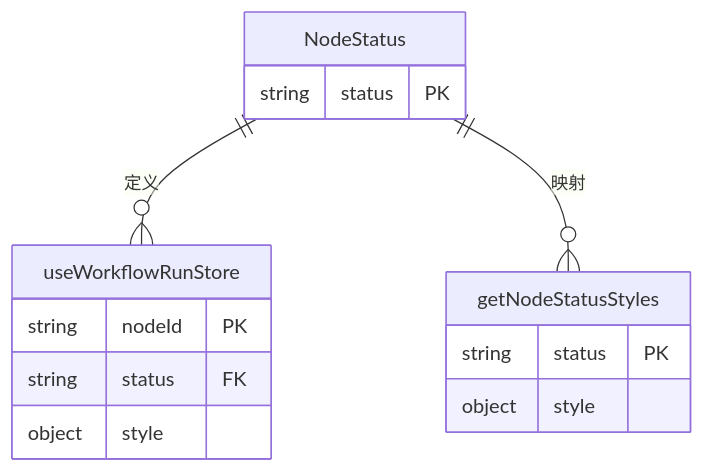
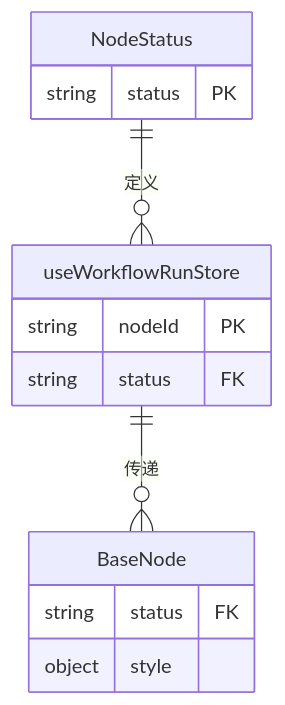
Before and after one commit to hrygo/council: the seventh of 8 diagrams in .qoder/repowiki/zh/content/UI组件库/工作流节点组件/基础节点组件.md, drawn with Mermaid. The commit also changed other lines of this file and 19 other files, not shown here.

````diff
--- a/.qoder/repowiki/zh/content/UI组件库/工作流节点组件/基础节点组件.md
+++ b/.qoder/repowiki/zh/content/UI组件库/工作流节点组件/基础节点组件.md
@@ -205,17 +205,16 @@
 ```mermaid
 erDiagram
 NodeStatus {
 string status PK
 }
 useWorkflowRunStore {
 string nodeId PK
 string status FK
-object style
 }
-getNodeStatusStyles {
-string status PK
+BaseNode {
+string status FK
 object style
 }
 NodeStatus ||--o{ useWorkflowRunStore : "定义"
-NodeStatus ||--o{ getNodeStatusStyles : "映射"
+useWorkflowRunStore ||--o{ BaseNode : "传递"
 ```
````
